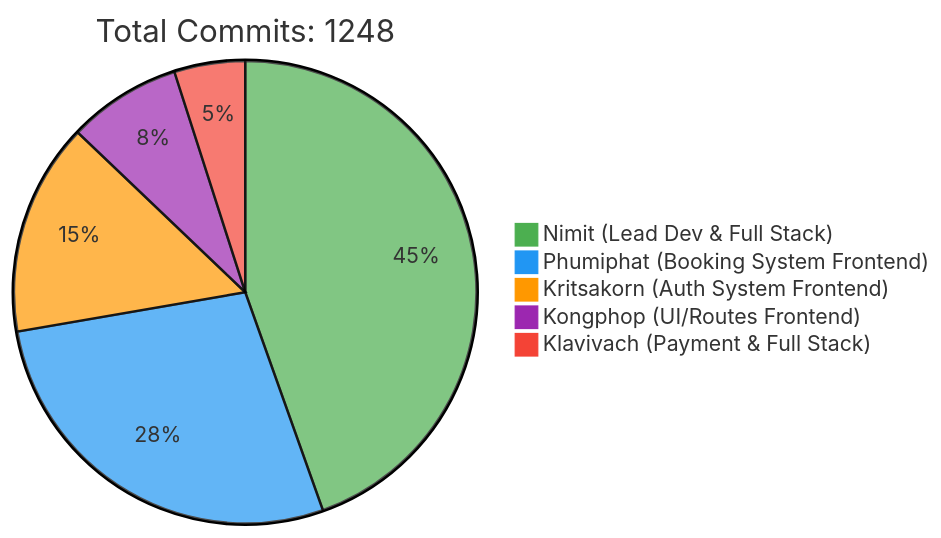
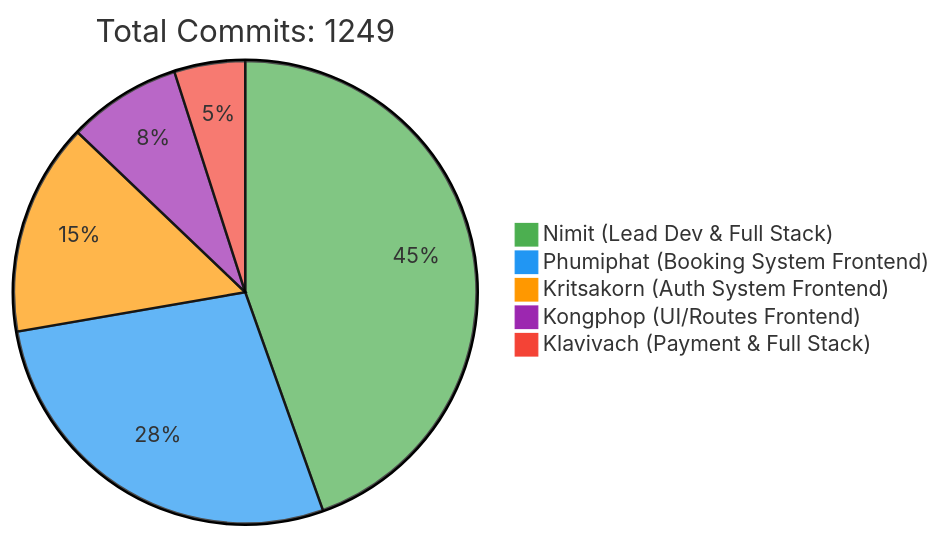
The first of 2 diagrams in README.md (6531503042/Sport-Complex), drawn with Mermaid before and after one commit. The commit also changed other lines of this file, not shown here.

Commit message:
docs: Update contributor statistics [skip ci]

````diff
--- a/README.md
+++ b/README.md
@@ -257,10 +257,10 @@
 ```mermaid
 %%{init: {'theme': 'base', 'themeVariables': { 'pie1': '#4CAF50', 'pie2': '#2196F3', 'pie3': '#FF9800', 'pie4': '#9C27B0', 'pie5': '#F44336'}}}%%
 pie
-    title Total Commits: 1248
+    title Total Commits: 1249
     "Nimit (Lead Dev & Full Stack)" : 450
     "Phumiphat (Booking System Frontend)" : 280
     "Kritsakorn (Auth System Frontend)" : 150
     "Kongphop (UI/Routes Frontend)" : 80
     "Klavivach (Payment & Full Stack)" : 50
 ```
````
